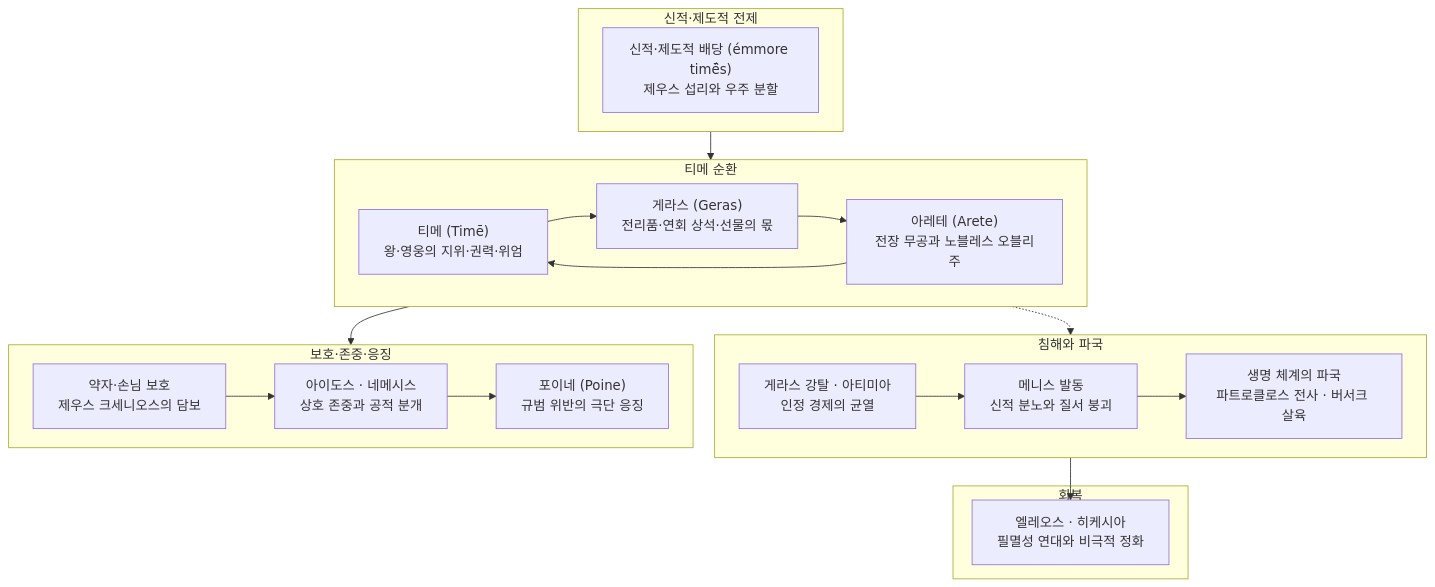
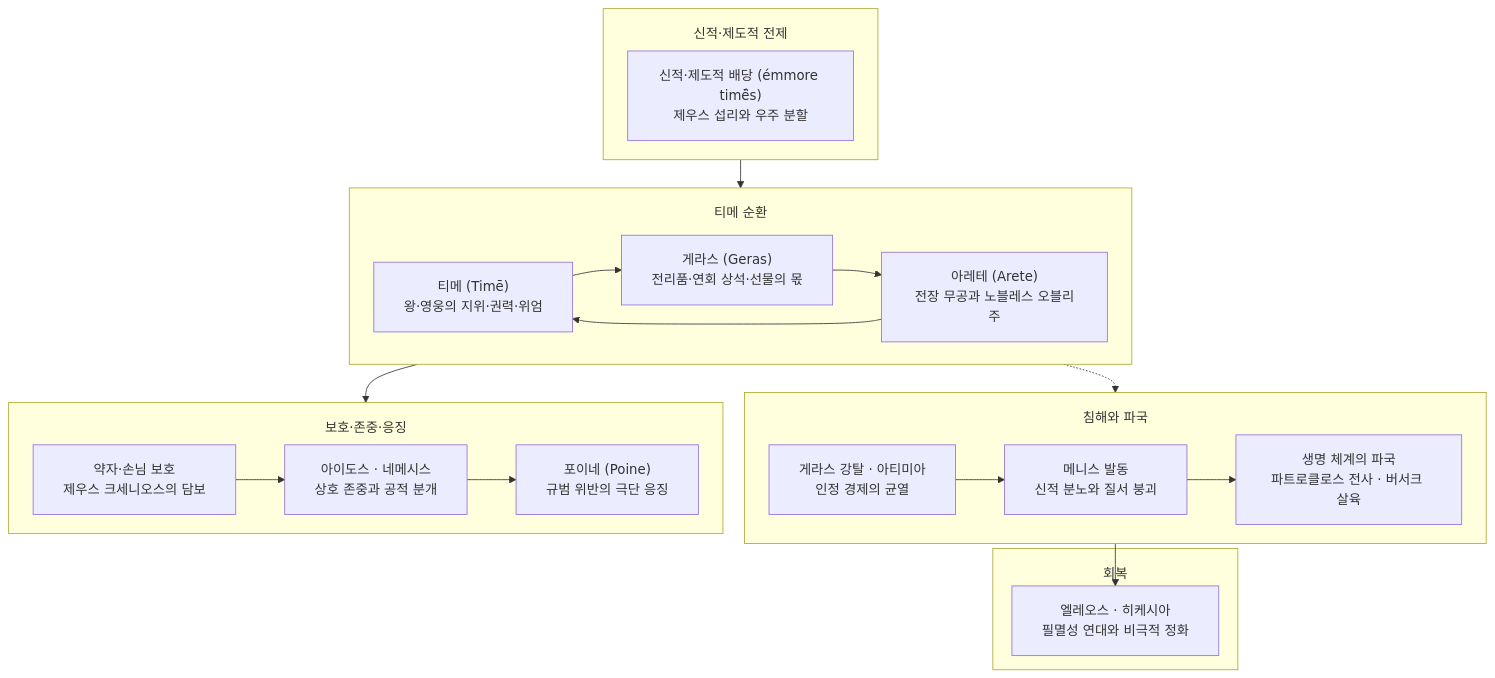
One commit to YgHnSIM/Homer_wiki changed the diagram in wiki/concepts/concept-time.md. Above: the diagram before and after it, drawn with Mermaid. The commit also changed 1 other file, not shown here.

Commit message:
fix(concepts): concept-time 서브그래프 제목 여백 확보

````diff
--- a/wiki/concepts/concept-time.md
+++ b/wiki/concepts/concept-time.md
@@ -164,37 +164,37 @@
 ```mermaid
-%%{init: {'flowchart': {'useMaxWidth': true, 'nodeSpacing': 26, 'rankSpacing': 34}}}%%
+%%{init: {'flowchart': {'useMaxWidth': true, 'nodeSpacing': 26, 'rankSpacing': 34, 'padding': 18, 'subGraphTitleMargin': {'top': 18, 'bottom': 10}}}}%%
 flowchart TD
     subgraph Divine ["신적·제도적 전제"]
         direction LR
         Div["신적·제도적 배당 (émmore timē̂s)<br/>제우스 섭리와 우주 분할"]
     end
 
     subgraph Core ["티메 순환"]
         direction LR
         TimeN["티메 (Timē)<br/>왕·영웅의 지위·권력·위엄"]:::focus
         Geras["게라스 (Geras)<br/>전리품·연회 상석·선물의 몫"]
         Arete["아레테 (Arete)<br/>전장 무공과 노블레스 오블리주"]
         Div --> TimeN
         TimeN --> Geras
         Geras --> Arete
         Arete --> TimeN
     end
 
     subgraph Crisis ["침해와 파국"]
         direction LR
         Seize["게라스 강탈 · 아티미아<br/>인정 경제의 균열"]:::crisis --> Menis["메니스 발동<br/>신적 분노와 질서 붕괴"]:::crisis --> Fall["생명 체계의 파국<br/>파트로클로스 전사 · 버서크 살육"]:::crisis
     end
 
     subgraph Norm ["보호·존중·응징"]
         direction LR
         Xenia["약자·손님 보호<br/>제우스 크세니오스의 담보"] --> Aidos["아이도스 · 네메시스<br/>상호 존중과 공적 분개"] --> Poine["포이네 (Poine)<br/>규범 위반의 극단 응징"]:::crisis
     end
 
     subgraph Resolve ["회복"]
         Eleos["엘레오스 · 히케시아<br/>필멸성 연대와 비극적 정화"]:::resolve
     end
 
     Geras -.-> Seize
     TimeN --> Xenia
     Fall --> Eleos
 ```
````
